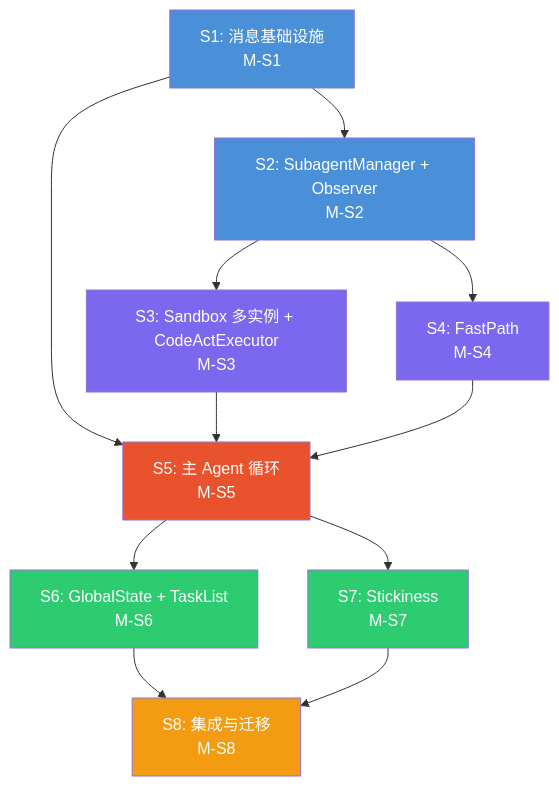
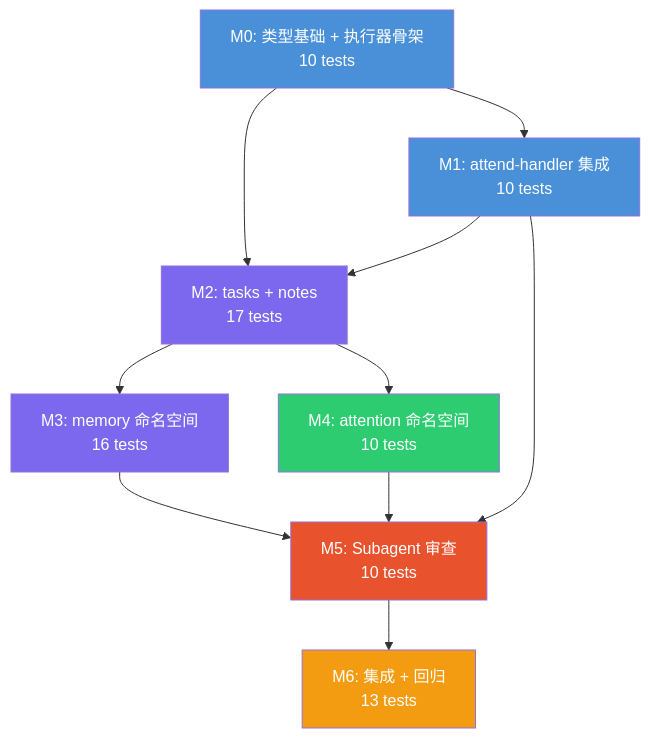
One commit to mitang-tal/CyberGroupmate changed the diagram in docs/subtask.md. Above: the diagram before and after it, drawn with Mermaid. The commit also changed other lines of this file and 32 other files, not shown here.

Commit message:
feat: implement MiniCodeAct system for agent tool execution with memory, task, and scheduler handlers

````diff
--- a/docs/subtask.md
+++ b/docs/subtask.md
@@ -663,22 +825,20 @@
 ```mermaid
 graph TB
-    S1["S1: 消息基础设施<br/>M-S1"] --> S2["S2: SubagentManager + Observer<br/>M-S2"]
-    S1 --> S5["S5: 主 Agent 循环<br/>M-S5"]
-    S2 --> S3["S3: Sandbox 多实例 + CodeActExecutor<br/>M-S3"]
-    S2 --> S4["S4: FastPath<br/>M-S4"]
-    S3 --> S5
-    S4 --> S5
-    S5 --> S6["S6: GlobalState + TaskList<br/>M-S6"]
-    S5 --> S7["S7: Stickiness<br/>M-S7"]
-    S6 --> S8["S8: 集成与迁移<br/>M-S8"]
-    S7 --> S8
+    M0["M0: 类型基础 + 执行器骨架<br/>10 tests"] --> M1["M1: attend-handler 集成<br/>10 tests"]
+    M0 --> M2["M2: tasks + notes<br/>17 tests"]
+    M1 --> M2
+    M2 --> M3["M3: memory 命名空间<br/>16 tests"]
+    M2 --> M4["M4: attention 命名空间<br/>10 tests"]
+    M3 --> M5["M5: Subagent 审查<br/>10 tests"]
+    M4 --> M5
+    M1 --> M5
+    M5 --> M6["M6: 集成 + 回归<br/>13 tests"]
 
-    style S1 fill:#4A90D9,color:#fff
-    style S2 fill:#4A90D9,color:#fff
-    style S3 fill:#7B68EE,color:#fff
-    style S4 fill:#7B68EE,color:#fff
-    style S5 fill:#E8532E,color:#fff
-    style S6 fill:#2ECC71,color:#fff
-    style S7 fill:#2ECC71,color:#fff
-    style S8 fill:#F39C12,color:#fff
+    style M0 fill:#4A90D9,color:#fff
+    style M1 fill:#4A90D9,color:#fff
+    style M2 fill:#7B68EE,color:#fff
+    style M3 fill:#7B68EE,color:#fff
+    style M4 fill:#2ECC71,color:#fff
+    style M5 fill:#E8532E,color:#fff
+    style M6 fill:#F39C12,color:#fff
 ```
````
